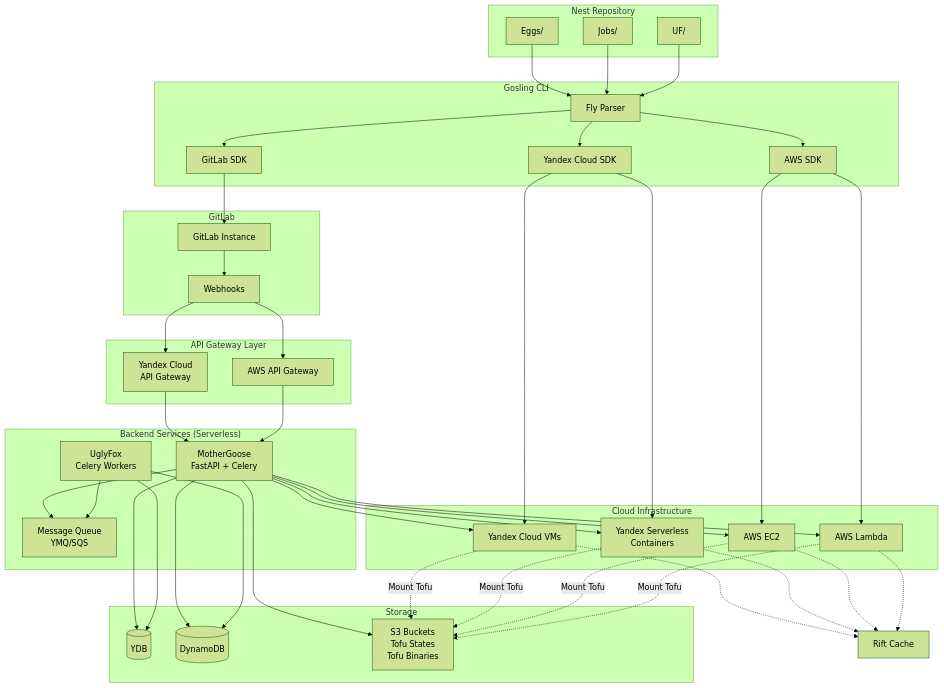
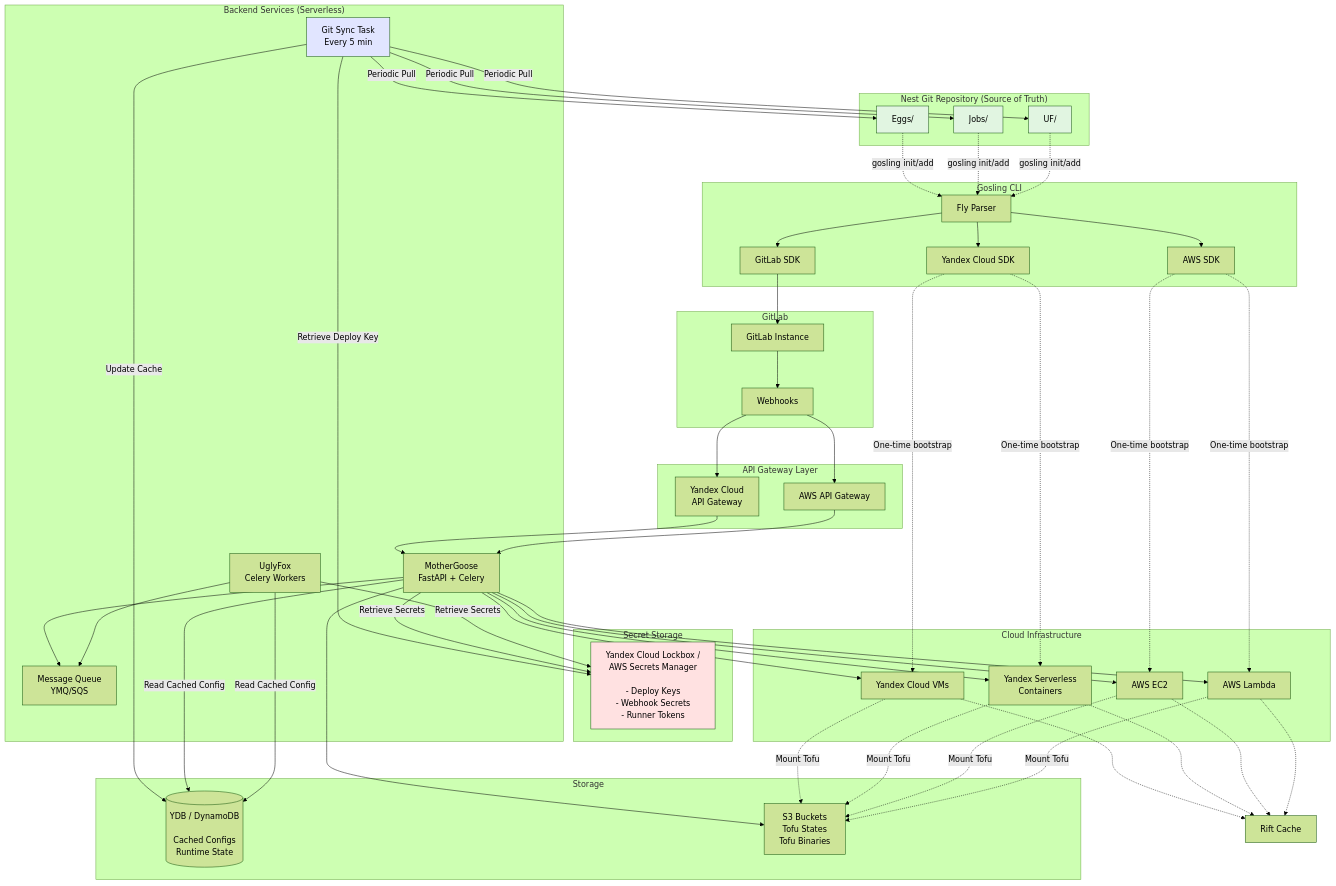
Before and after one commit to Polar-Team/Polar-Gosling: the second of 3 diagrams in .kiro/specs/gitops-runner-orchestration/design.md, drawn with Mermaid (forest theme). The commit also changed other lines of this file and 26 other files, not shown here.

````diff
--- a/.kiro/specs/gitops-runner-orchestration/design.md
+++ b/.kiro/specs/gitops-runner-orchestration/design.md
@@ -32,9 +329,13 @@
 ```mermaid
 graph TB
-    subgraph "Nest Repository"
+    subgraph "Nest Git Repository (Source of Truth)"
         Eggs[Eggs/]
         Jobs[Jobs/]
         UF[UF/]
+    end
+    
+    subgraph "Secret Storage"
+        Lockbox[Yandex Cloud Lockbox /<br/>AWS Secrets Manager<br/><br/>- Deploy Keys<br/>- Webhook Secrets<br/>- Runner Tokens]
     end
     
     subgraph "Gosling CLI"
@@ -53,11 +354,11 @@
         MG[MotherGoose<br/>FastAPI + Celery]
         UF_Server[UglyFox<br/>Celery Workers]
         MQ[Message Queue<br/>YMQ/SQS]
+        GitSync[Git Sync Task<br/>Every 5 min]
     end
     
     subgraph "Storage"
-        YDB[(YDB)]
-        DDB[(DynamoDB)]
+        YDB[(YDB / DynamoDB<br/><br/>Cached Configs<br/>Runtime State)]
         S3[S3 Buckets<br/>Tofu States<br/>Tofu Binaries]
     end
     
@@ -73,18 +374,18 @@
         Webhooks[Webhooks]
     end
     
-    Eggs --> Parser
-    Jobs --> Parser
-    UF --> Parser
+    Eggs -.->|gosling init/add| Parser
+    Jobs -.->|gosling init/add| Parser
+    UF -.->|gosling init/add| Parser
     
     Parser --> YC_SDK
     Parser --> AWS_SDK
     Parser --> GL_SDK
     
-    YC_SDK --> YC_VM
-    YC_SDK --> YC_SC
-    AWS_SDK --> AWS_EC2
-    AWS_SDK --> AWS_Lambda
+    YC_SDK -.->|One-time bootstrap| YC_VM
+    YC_SDK -.->|One-time bootstrap| YC_SC
+    AWS_SDK -.->|One-time bootstrap| AWS_EC2
+    AWS_SDK -.->|One-time bootstrap| AWS_Lambda
     
     GL_SDK --> GL
     
@@ -98,12 +399,18 @@
     MG --> MQ
     UF_Server --> MQ
     
-    MG --> YDB
-    MG --> DDB
+    GitSync -->|Periodic Pull| Eggs
+    GitSync -->|Periodic Pull| Jobs
+    GitSync -->|Periodic Pull| UF
+    GitSync -->|Retrieve Deploy Key| Lockbox
+    GitSync -->|Update Cache| YDB
+    
+    MG -->|Read Cached Config| YDB
+    MG -->|Retrieve Secrets| Lockbox
     MG --> S3
     
-    UF_Server --> YDB
-    UF_Server --> DDB
+    UF_Server -->|Read Cached Config| YDB
+    UF_Server -->|Retrieve Secrets| Lockbox
     
     MG --> YC_VM
     MG --> YC_SC
@@ -119,4 +426,10 @@
     YC_SC -.-> Rift
     AWS_EC2 -.-> Rift
     AWS_Lambda -.-> Rift
+    
+    style Eggs fill:#e1f5e1
+    style Jobs fill:#e1f5e1
+    style UF fill:#e1f5e1
+    style Lockbox fill:#ffe1e1
+    style GitSync fill:#e1e5ff
 ```
````
